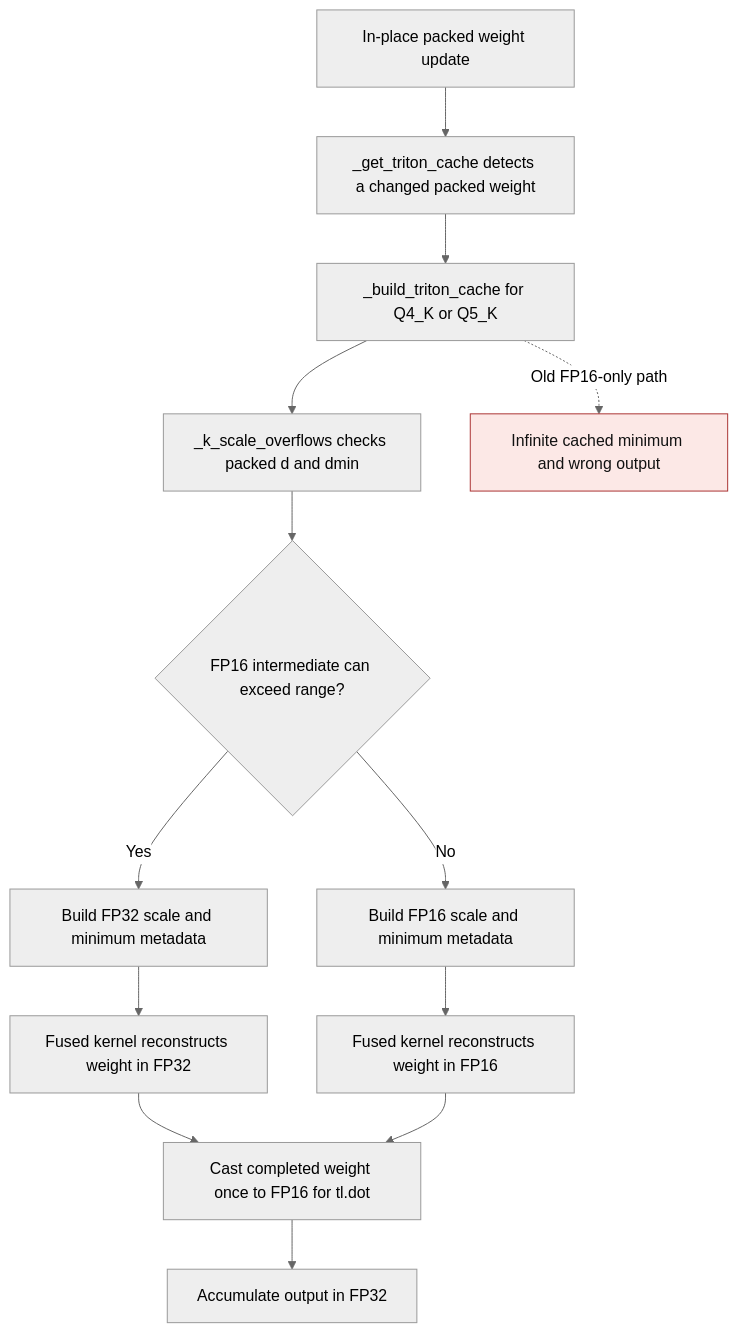
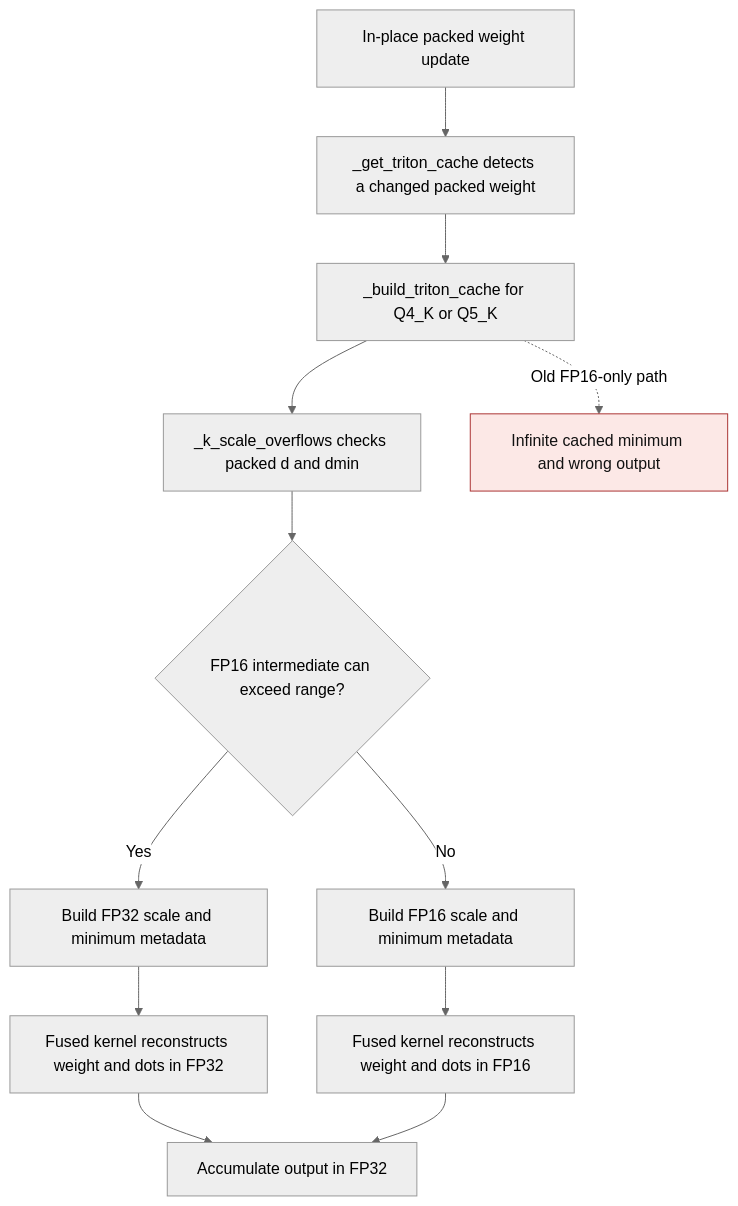
The second of 2 diagrams in docs/gguf-triton-packed-cache.md (ModelCloud/GPTQModel), drawn with Mermaid (neutral theme) before and after one commit. The commit also changed other lines of this file and 2 other files, not shown here.

Commit message:
Keep wide GGUF Q4_K/Q5_K dot products in FP32

````diff
--- a/docs/gguf-triton-packed-cache.md
+++ b/docs/gguf-triton-packed-cache.md
@@ -80,17 +81,16 @@
 ```mermaid
 flowchart TD
     A["_get_triton_cache detects a changed packed weight"] --> B["_build_triton_cache for Q4_K or Q5_K"]
     B --> C["_k_scale_overflows checks packed d and dmin"]
     C --> D{"FP16 intermediate can exceed range?"}
     D -- "Yes" --> E["Build FP32 scale and minimum metadata"]
     D -- "No" --> F["Build FP16 scale and minimum metadata"]
-    E --> G["Fused kernel reconstructs weight in FP32"]
-    F --> H["Fused kernel reconstructs weight in FP16"]
-    G --> I["Cast completed weight once to FP16 for tl.dot"]
-    H --> I
-    I --> J["Accumulate output in FP32"]
+    E --> G["Fused kernel reconstructs weight and dots in FP32"]
+    F --> H["Fused kernel reconstructs weight and dots in FP16"]
+    G --> J["Accumulate output in FP32"]
+    H --> J
     K["In-place packed weight update"] --> A
     B -. "Old FP16-only path" .-> X["Infinite cached minimum and wrong output"]
     classDef failure fill:#fce8e6,stroke:#a33,color:#111
     class X failure
 ```
````
